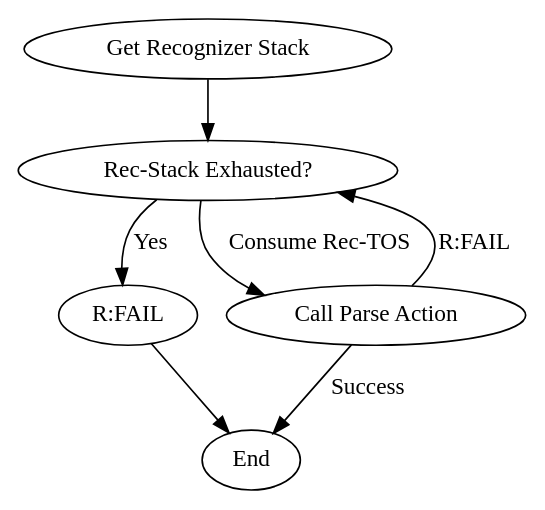
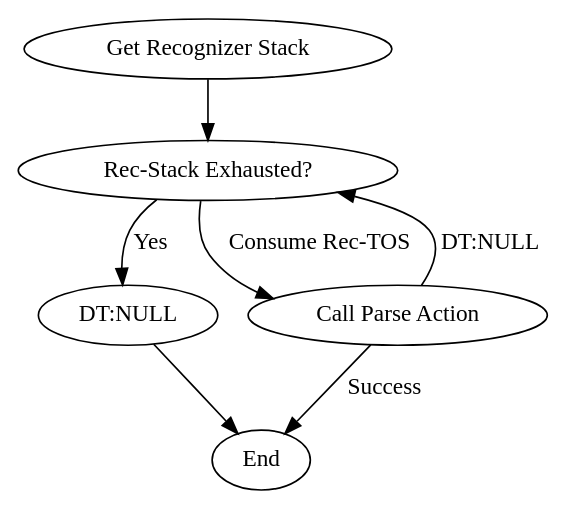
Before and after one commit to snowyu/amforth: the second of 2 diagrams in doc/source/TG/Architecture.rst, drawn with Graphviz. The commit also changed other lines of this file and 7 other files, not shown here.

```diff
--- a/doc/source/TG/Architecture.rst
+++ b/doc/source/TG/Architecture.rst
@@ -101,9 +101,9 @@
-.. digraph:: DoRecognizer
+.. digraph:: Recognize
    :inline:
 
    "Get Recognizer Stack" -> "Rec-Stack Exhausted?"
-   "Rec-Stack Exhausted?" -> "R:FAIL"  [label="Yes"]
+   "Rec-Stack Exhausted?" -> "DT:NULL"  [label="Yes"]
    "Rec-Stack Exhausted?" -> "Call Parse Action"  [label="Consume Rec-TOS"]
-   "Call Parse Action" -> "Rec-Stack Exhausted?" [label="R:FAIL"]
+   "Call Parse Action" -> "Rec-Stack Exhausted?" [label="DT:NULL"]
    "Call Parse Action" -> "End" [label="Success"]
-   "R:FAIL" -> "End"
+   "DT:NULL" -> "End"
```
